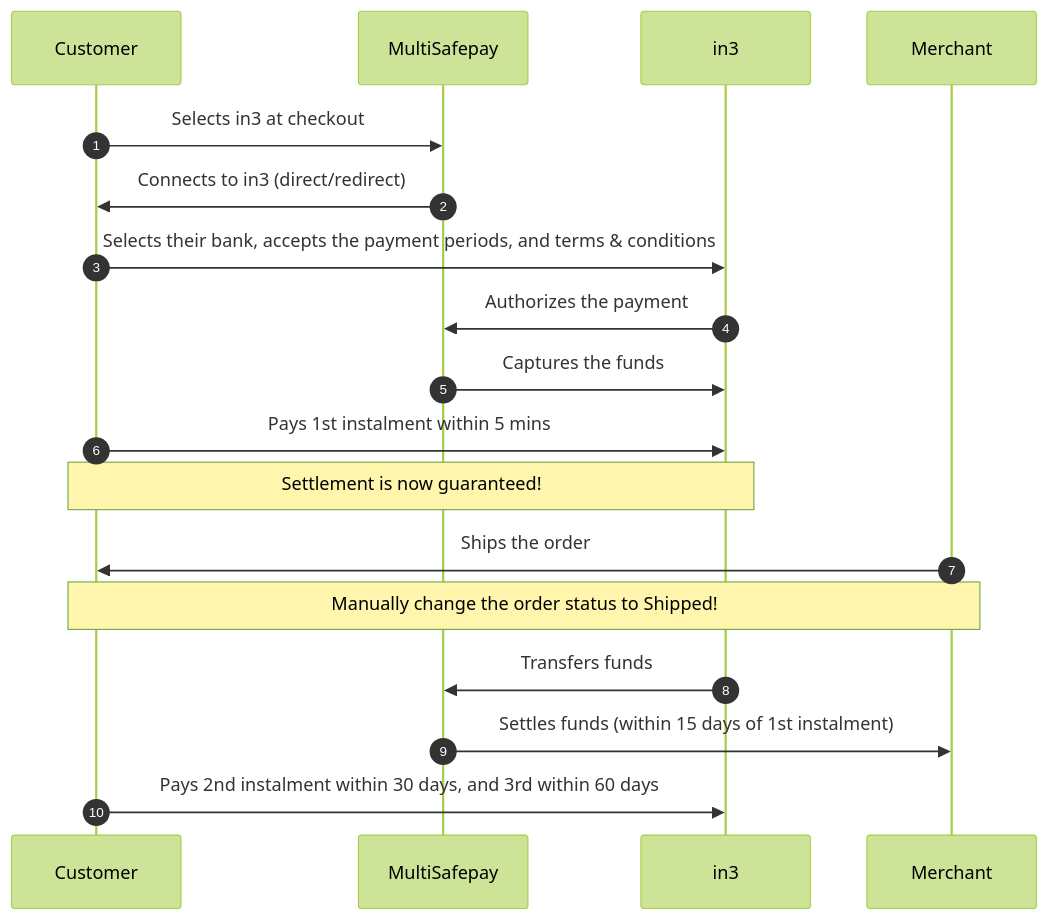
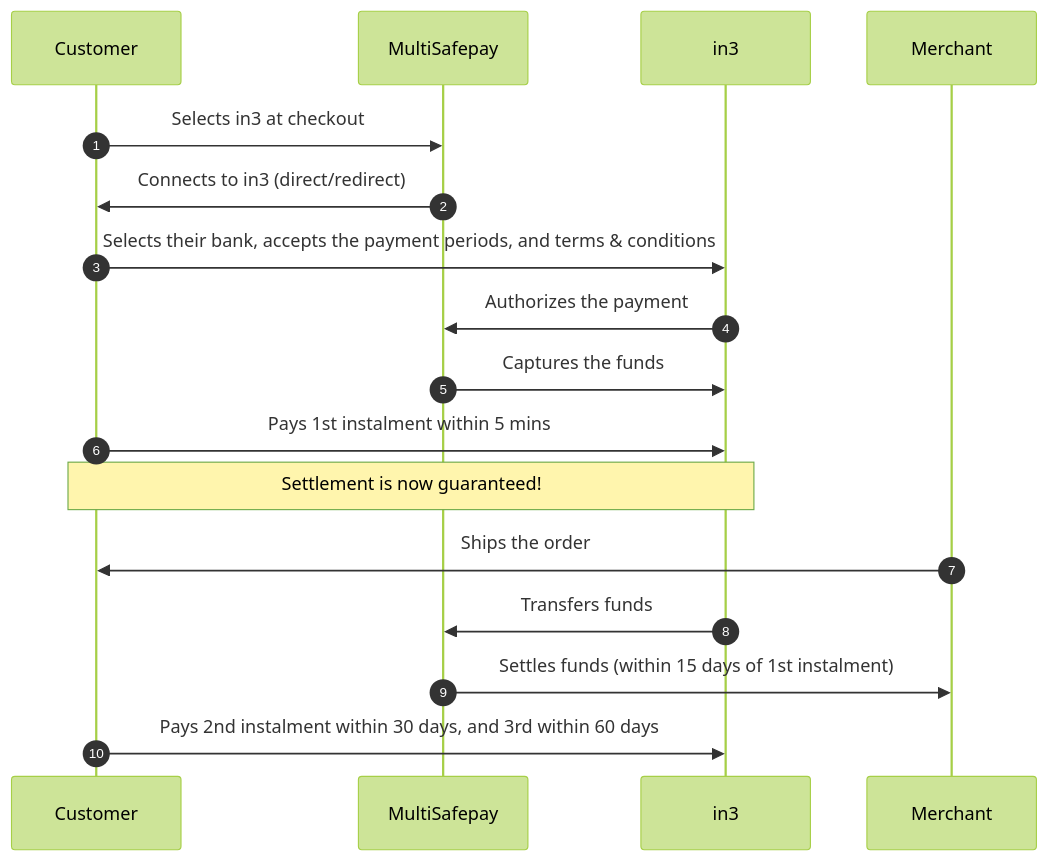
The diagram in content/payments/methods/pay-later/in3/payment-flow.md (MultiSafepay/docs), drawn with Mermaid (forest theme) before and after one commit. The commit also changed other lines of this file, not shown here.

Commit message:
DOCS-2936: Adjust Shipped status for in3

```diff
--- a/content/payments/methods/pay-later/in3/payment-flow.md
+++ b/content/payments/methods/pay-later/in3/payment-flow.md
@@ -17,23 +17,22 @@
 {{< mermaid class="text-center" >}}
 
 sequenceDiagram
     autonumber
     participant C as Customer
     participant Mu as MultiSafepay
     participant I as in3
     participant Me as Merchant
 
     C->>Mu: Selects in3 at checkout
     Mu->>C: Connects to in3 (direct/redirect)
     C->>I: Selects their bank, accepts the payment periods, and terms & conditions
     I->>Mu: Authorizes the payment
     Mu->>I: Captures the funds
     C->>I: Pays 1st instalment within 5 mins
     Note over C,I: Settlement is now guaranteed!
-    Me->>C: Ships the order
-    Note over Me,C: Manually change the order status to Shipped! 
+    Me->>C: Ships the order 
     I->>Mu: Transfers funds 
     Mu->>Me: Settles funds (within 15 days of 1st instalment)
     C->>I: Pays 2nd instalment within 30 days, and 3rd within 60 days 
 
 {{< /mermaid >}}
```
